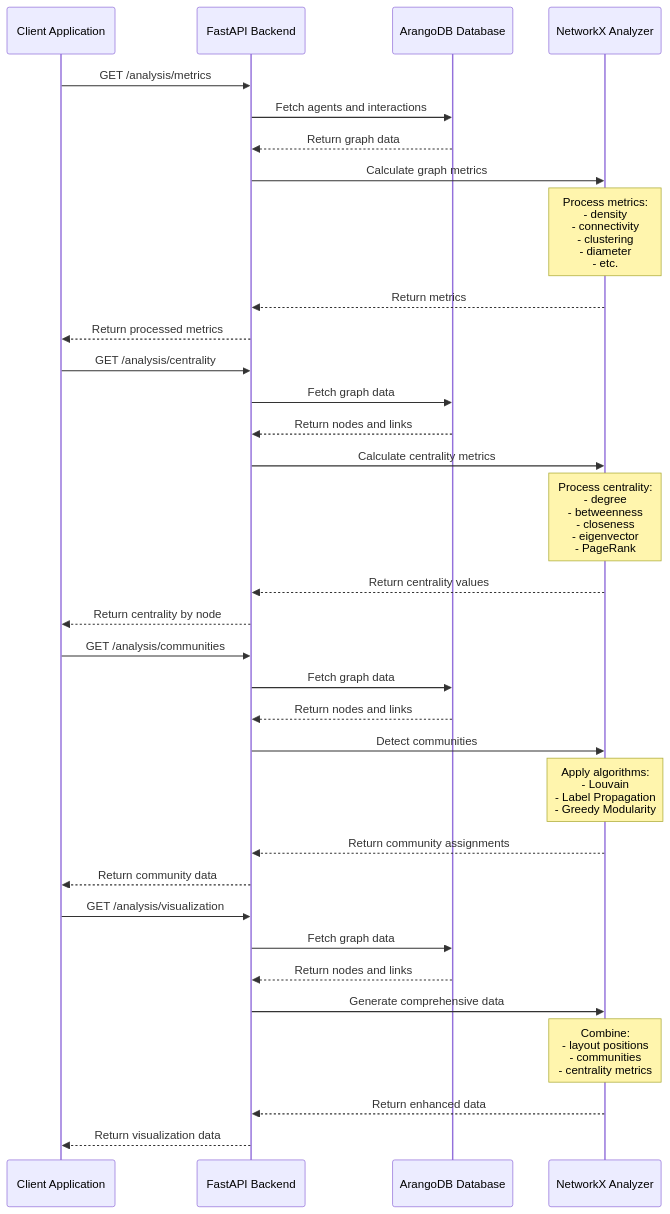
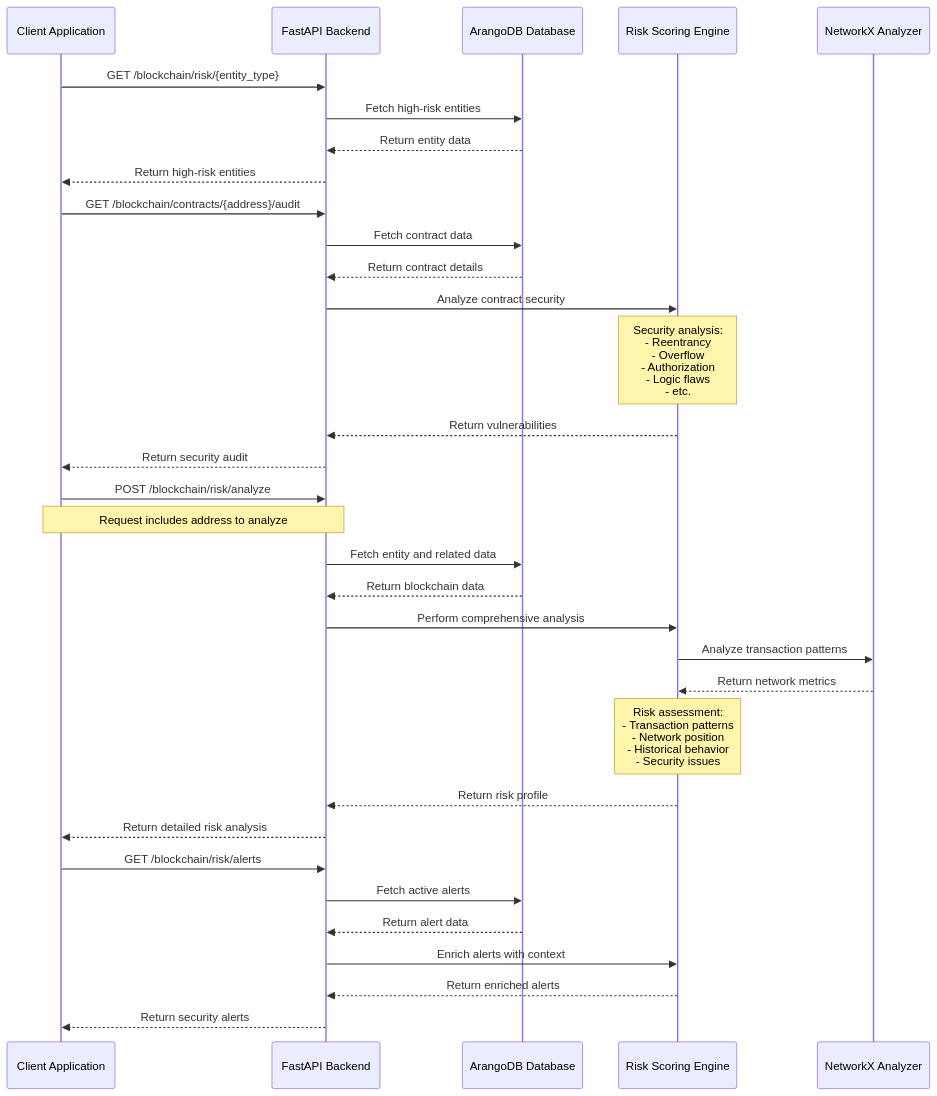
The fourth of 7 diagrams in README.md (JtPerez-Acle/NeuroSpark), drawn with Mermaid before and after one commit. The commit also changed other lines of this file and 67 other files, not shown here.

````diff
--- a/README.md
+++ b/README.md
@@ -237,39 +347,39 @@
 ```mermaid
 sequenceDiagram
     participant Client as Client Application
     participant API as FastAPI Backend
     participant DB as ArangoDB Database
+    participant RiskEngine as Risk Scoring Engine
     participant NetworkX as NetworkX Analyzer
     
-    Client->>API: GET /analysis/metrics
-    API->>DB: Fetch agents and interactions
-    DB-->>API: Return graph data
-    API->>NetworkX: Calculate graph metrics
-    Note over NetworkX: Process metrics:<br>- density<br>- connectivity<br>- clustering<br>- diameter<br>- etc.
-    NetworkX-->>API: Return metrics
-    API-->>Client: Return processed metrics
+    Client->>API: GET /blockchain/risk/{entity_type}
+    API->>DB: Fetch high-risk entities
+    DB-->>API: Return entity data
+    API-->>Client: Return high-risk entities
     
-    Client->>API: GET /analysis/centrality
-    API->>DB: Fetch graph data
-    DB-->>API: Return nodes and links
-    API->>NetworkX: Calculate centrality metrics
-    Note over NetworkX: Process centrality:<br>- degree<br>- betweenness<br>- closeness<br>- eigenvector<br>- PageRank
-    NetworkX-->>API: Return centrality values
-    API-->>Client: Return centrality by node
+    Client->>API: GET /blockchain/contracts/{address}/audit
+    API->>DB: Fetch contract data
+    DB-->>API: Return contract details
+    API->>RiskEngine: Analyze contract security
+    Note over RiskEngine: Security analysis:<br>- Reentrancy<br>- Overflow<br>- Authorization<br>- Logic flaws<br>- etc.
+    RiskEngine-->>API: Return vulnerabilities
+    API-->>Client: Return security audit
     
-    Client->>API: GET /analysis/communities
-    API->>DB: Fetch graph data
-    DB-->>API: Return nodes and links
-    API->>NetworkX: Detect communities
-    Note over NetworkX: Apply algorithms:<br>- Louvain<br>- Label Propagation<br>- Greedy Modularity
-    NetworkX-->>API: Return community assignments
-    API-->>Client: Return community data
+    Client->>API: POST /blockchain/risk/analyze
+    Note over Client,API: Request includes address to analyze
+    API->>DB: Fetch entity and related data
+    DB-->>API: Return blockchain data
+    API->>RiskEngine: Perform comprehensive analysis
+    RiskEngine->>NetworkX: Analyze transaction patterns
+    NetworkX-->>RiskEngine: Return network metrics
+    Note over RiskEngine: Risk assessment:<br>- Transaction patterns<br>- Network position<br>- Historical behavior<br>- Security issues
+    RiskEngine-->>API: Return risk profile
+    API-->>Client: Return detailed risk analysis
     
-    Client->>API: GET /analysis/visualization
-    API->>DB: Fetch graph data
-    DB-->>API: Return nodes and links
-    API->>NetworkX: Generate comprehensive data
-    Note over NetworkX: Combine:<br>- layout positions<br>- communities<br>- centrality metrics
-    NetworkX-->>API: Return enhanced data
-    API-->>Client: Return visualization data
+    Client->>API: GET /blockchain/risk/alerts
+    API->>DB: Fetch active alerts
+    DB-->>API: Return alert data
+    API->>RiskEngine: Enrich alerts with context
+    RiskEngine-->>API: Return enriched alerts
+    API-->>Client: Return security alerts
 ```
````
